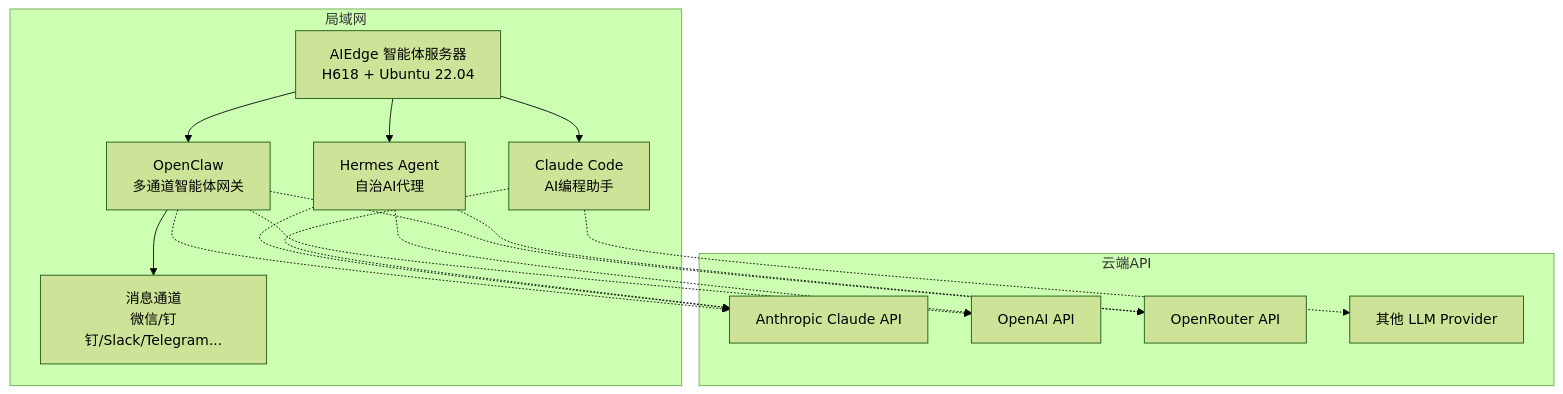
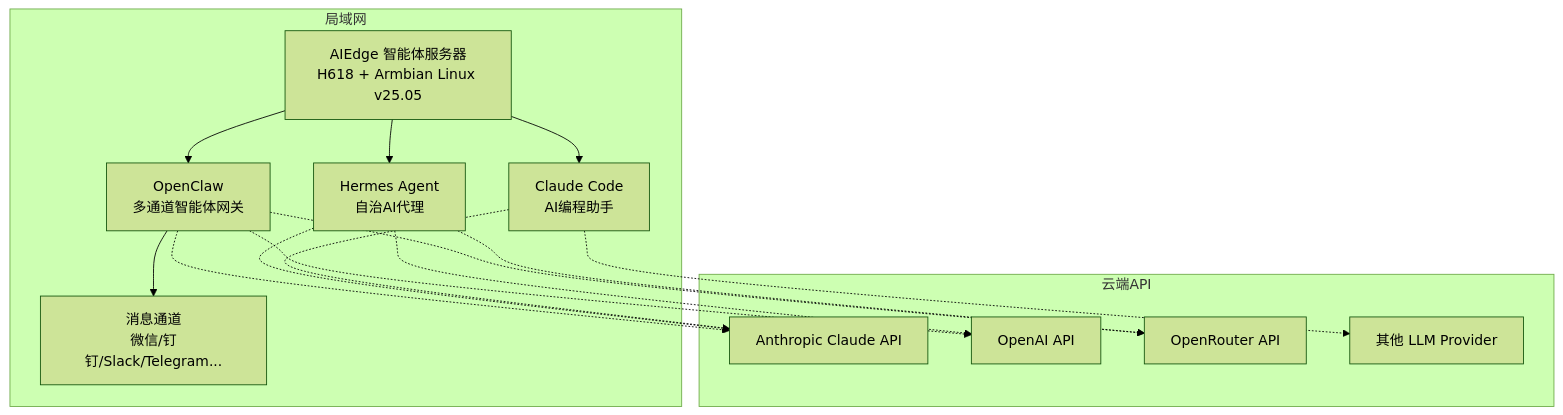
Before and after one commit to IntronBio/wiki: the diagram in docs/index.md, drawn with Mermaid (forest theme). The commit also changed other lines of this file and 27 other files, not shown here.

````diff
--- a/docs/index.md
+++ b/docs/index.md
@@ -92,24 +92,24 @@
 ```mermaid
 graph TD
     subgraph 局域网
-        A[AIEdge 智能体服务器<br/>H618 + Ubuntu 22.04]
+        A[AIEdge 智能体服务器<br/>H618 + Armbian Linux v25.05]
         A --> B[OpenClaw<br/>多通道智能体网关]
         A --> C[Hermes Agent<br/>自治AI代理]
         A --> D[Claude Code<br/>AI编程助手]
         B --> E[消息通道<br/>微信/钉钉/Slack/Telegram...]
     end
     subgraph 云端API
         F[Anthropic Claude API]
         G[OpenAI API]
         H[OpenRouter API]
         I[其他 LLM Provider]
     end
     B -.-> F
     B -.-> G
     B -.-> H
     C -.-> F
     C -.-> G
     C -.-> H
     D -.-> F
     D -.-> I
 ```
````
